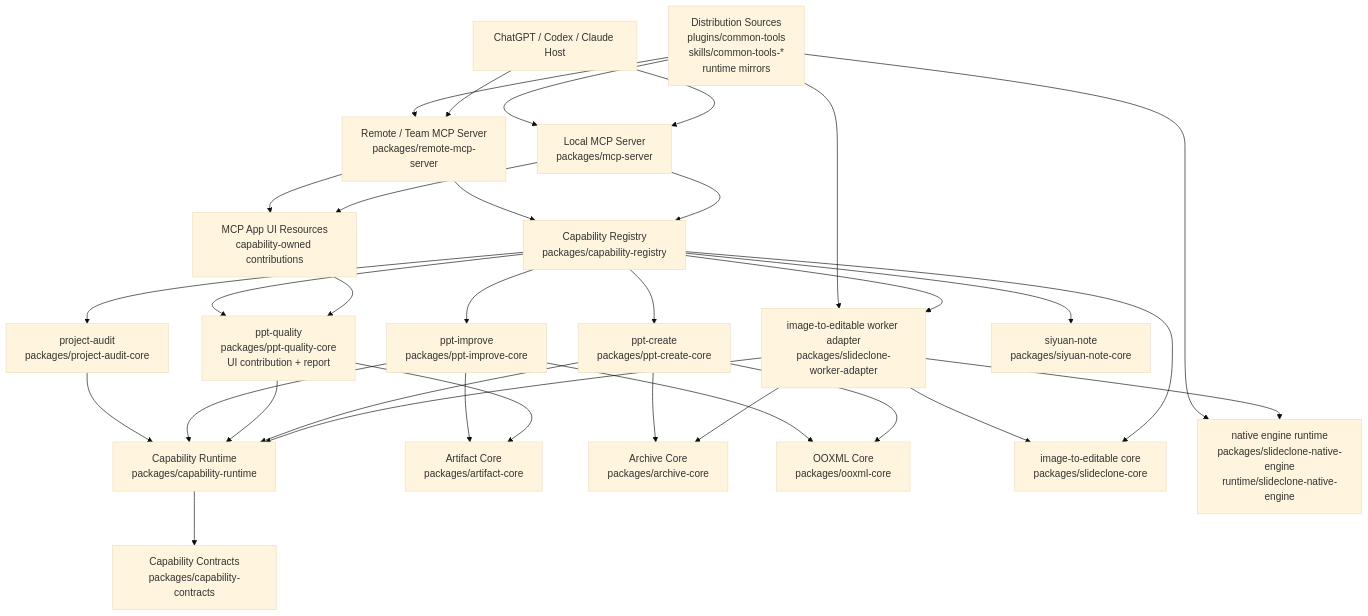
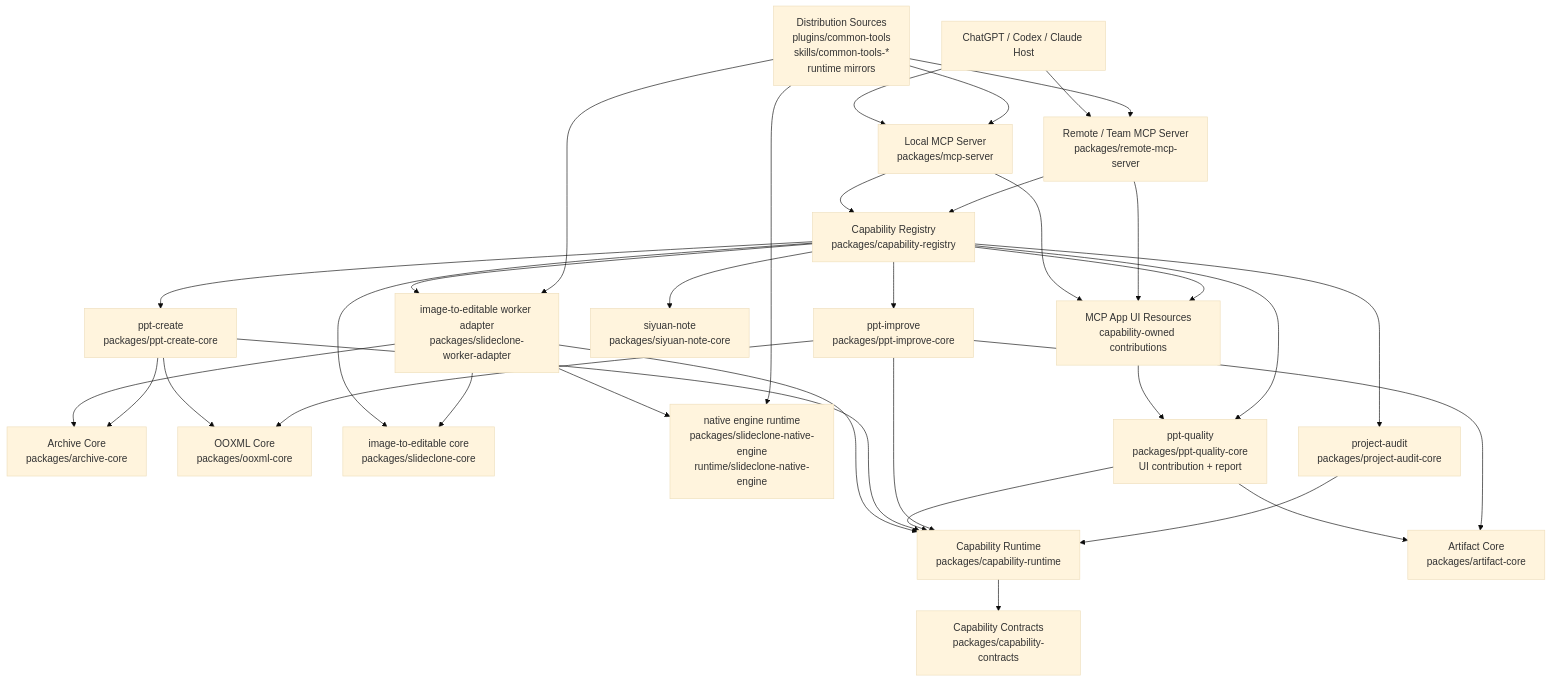
Before and after one commit to cbhandsun/common-tools: the diagram in docs/general-plugin-architecture.md, drawn with Mermaid (base theme). The commit also changed other lines of this file and 2 other files, not shown here.

Commit message:
Document architecture platform enhancements

````diff
--- a/docs/general-plugin-architecture.md
+++ b/docs/general-plugin-architecture.md
@@ -5,57 +5,58 @@
 ```mermaid
 flowchart TD
   Host["ChatGPT / Codex / Claude Host"]
   LocalMcp["Local MCP Server\npackages/mcp-server"]
   RemoteMcp["Remote / Team MCP Server\npackages/remote-mcp-server"]
   Registry["Capability Registry\npackages/capability-registry"]
   Runtime["Capability Runtime\npackages/capability-runtime"]
   Contracts["Capability Contracts\npackages/capability-contracts"]
   Artifacts["Artifact Core\npackages/artifact-core"]
   Archive["Archive Core\npackages/archive-core"]
   Ooxml["OOXML Core\npackages/ooxml-core"]
 
   ImageCore["image-to-editable core\npackages/slideclone-core"]
   ImageWorker["image-to-editable worker adapter\npackages/slideclone-worker-adapter"]
   ImageEngine["native engine runtime\npackages/slideclone-native-engine\nruntime/slideclone-native-engine"]
   PptCreate["ppt-create\npackages/ppt-create-core"]
   PptQuality["ppt-quality\npackages/ppt-quality-core\nUI contribution + report"]
   PptImprove["ppt-improve\npackages/ppt-improve-core"]
   ProjectAudit["project-audit\npackages/project-audit-core"]
   Siyuan["siyuan-note\npackages/siyuan-note-core"]
 
   Dist["Distribution Sources\nplugins/common-tools\nskills/common-tools-*\nruntime mirrors"]
   UI["MCP App UI Resources\ncapability-owned contributions"]
 
   Host --> LocalMcp
   Host --> RemoteMcp
   LocalMcp --> Registry
   RemoteMcp --> Registry
   LocalMcp --> UI
   RemoteMcp --> UI
   UI --> PptQuality
+  Registry --> UI
   Registry --> ImageWorker
   Registry --> ImageCore
   Registry --> PptCreate
   Registry --> PptQuality
   Registry --> PptImprove
   Registry --> ProjectAudit
   Registry --> Siyuan
   ImageWorker --> Runtime
   ImageWorker --> ImageCore
   ImageWorker --> ImageEngine
   PptCreate --> Runtime
   PptQuality --> Runtime
   PptImprove --> Runtime
   ProjectAudit --> Runtime
   Runtime --> Contracts
   ImageWorker --> Archive
   PptCreate --> Archive
   PptQuality --> Artifacts
   PptImprove --> Artifacts
   PptCreate --> Ooxml
   PptImprove --> Ooxml
   Dist --> LocalMcp
   Dist --> RemoteMcp
   Dist --> ImageWorker
   Dist --> ImageEngine
 ```
````
